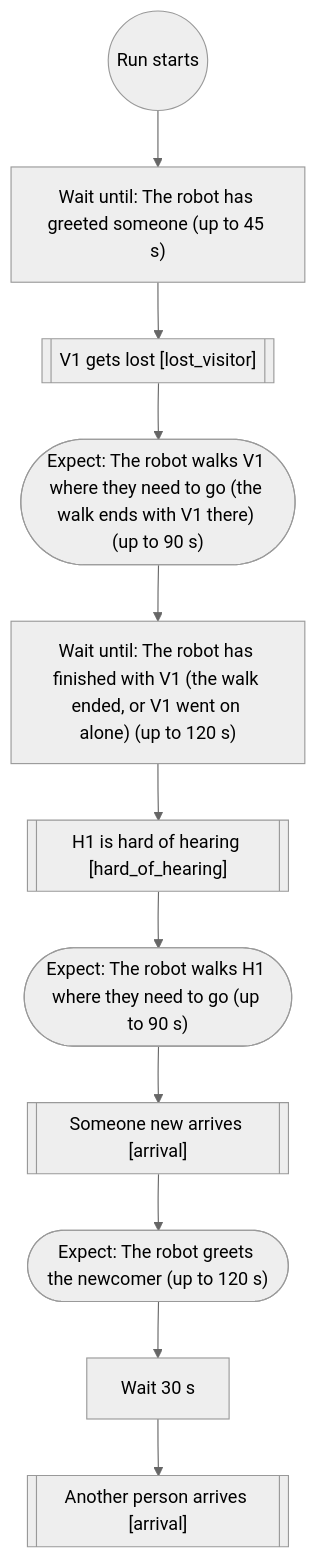
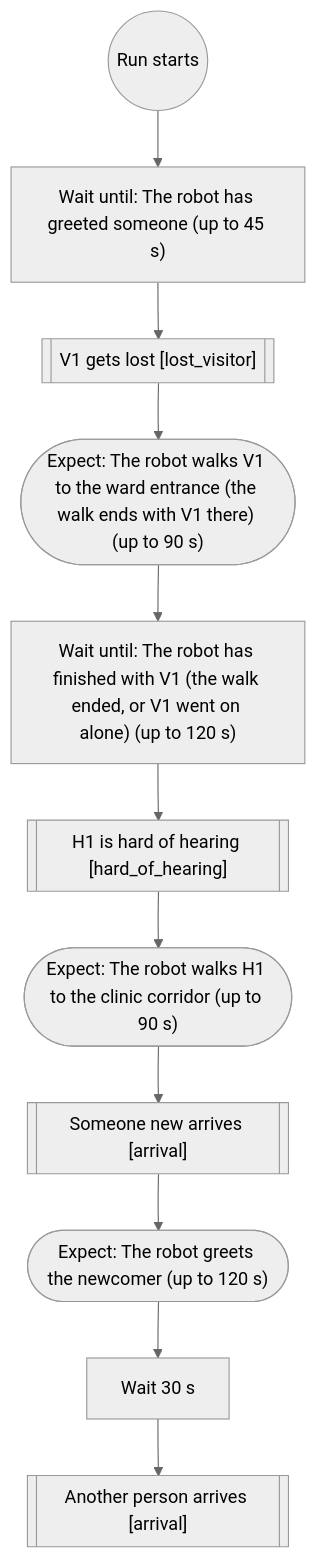
The fifth of 9 diagrams in docs/scenario-flows.md (Bkrakshith/hospital-sim-agents), drawn with Mermaid (neutral theme) before and after one commit. The commit also changed 24 other files, not shown here.

First line of the commit message:
Score the whole main task: every flow step must be met, walks must end at the right place, closeness only the robot made

````diff
--- a/docs/scenario-flows.md
+++ b/docs/scenario-flows.md
@@ -169,24 +169,24 @@
 ```mermaid
 flowchart TD
   n1(("Run starts"))
   n2["Wait until: The robot has greeted someone (up to 45 s)"]
   n1 --> n2
   n3[["V1 gets lost [lost_visitor]"]]
   n2 --> n3
-  n4(["Expect: The robot walks V1 where they need to go (the walk ends with V1 there) (up to 90 s)"])
+  n4(["Expect: The robot walks V1 to the ward entrance (the walk ends with V1 there) (up to 90 s)"])
   n3 --> n4
   n5["Wait until: The robot has finished with V1 (the walk ended, or V1 went on alone) (up to 120 s)"]
   n4 --> n5
   n6[["H1 is hard of hearing [hard_of_hearing]"]]
   n5 --> n6
-  n7(["Expect: The robot walks H1 where they need to go (up to 90 s)"])
+  n7(["Expect: The robot walks H1 to the clinic corridor (up to 90 s)"])
   n6 --> n7
   n8[["Someone new arrives [arrival]"]]
   n7 --> n8
   n9(["Expect: The robot greets the newcomer (up to 120 s)"])
   n8 --> n9
   n10["Wait 30 s"]
   n9 --> n10
   n11[["Another person arrives [arrival]"]]
   n10 --> n11
 ```
````
